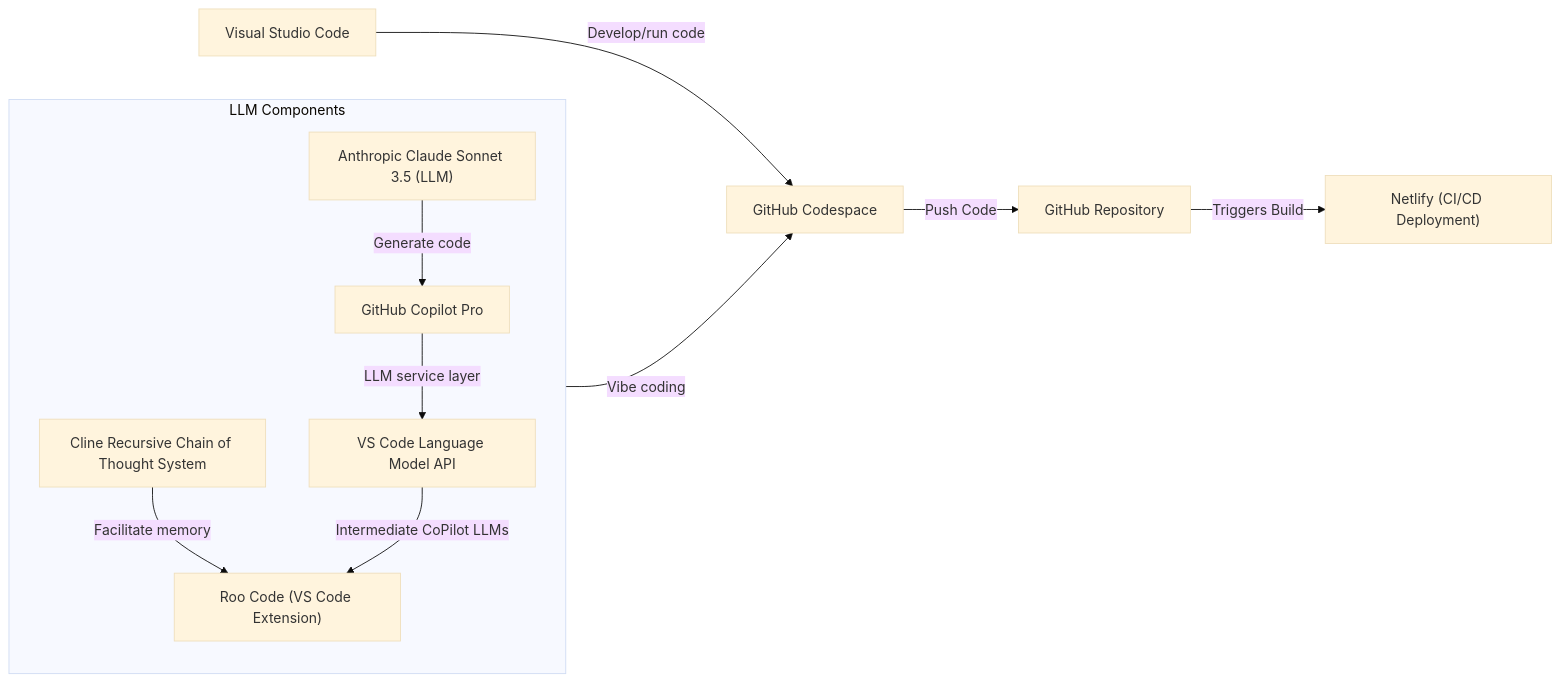
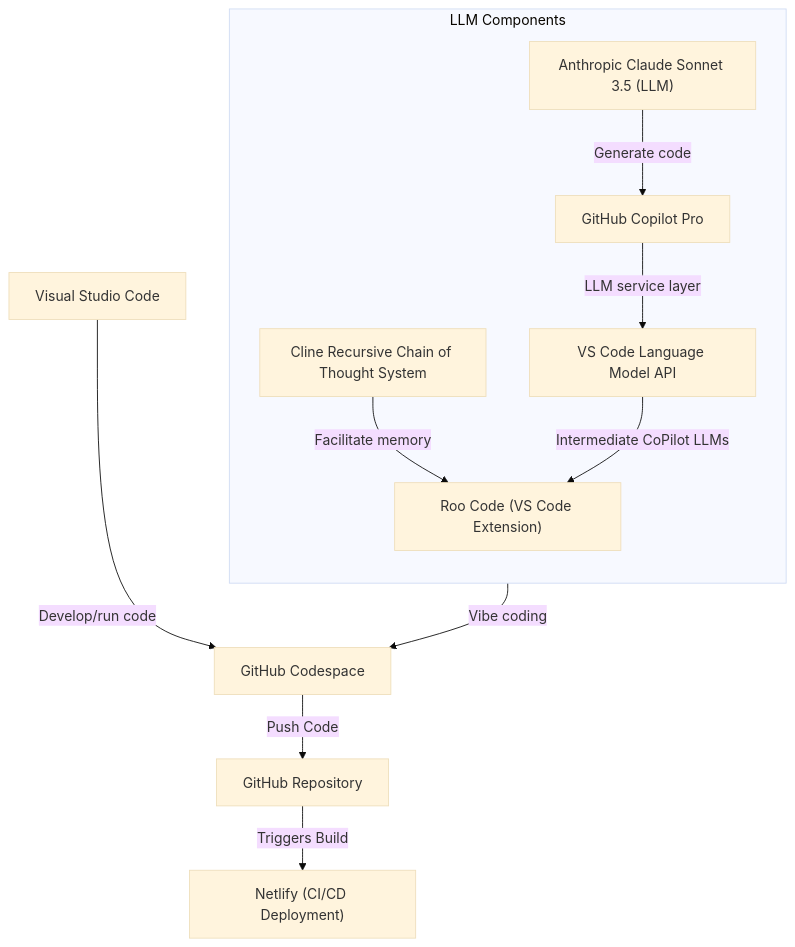
One commit to RickRinewalt/pipeline changed the second of 2 diagrams in README.md. Above: the diagram before and after it, drawn with Mermaid (base theme).

````diff
--- a/README.md
+++ b/README.md
@@ -39,25 +39,25 @@
 ```mermaid
-graph LR
+graph TB
     vscode[Visual Studio Code]
     codespace[GitHub Codespace]
     github["GitHub Repository"]
     netlify["Netlify (CI/CD Deployment)"]
 
     subgraph LLM_TB [LLM Components]
       direction TB
       roo["Roo Code (VS Code Extension)"]
       crct["Cline Recursive Chain of Thought System"]
       vscode_lmapi[VS Code Language Model API]
       github_copilot[GitHub Copilot Pro]
       sonnet["Anthropic Claude Sonnet 3.5 (LLM)"]
     end
 
     github --> |Triggers Build| netlify
     codespace --> |Push Code| github
     vscode --> |Develop/run code| codespace
     roo --> |Vibe coding| codespace
     crct --> |Facilitate memory| roo
     vscode_lmapi --> |Intermediate CoPilot LLMs| roo
     github_copilot --> |LLM service layer| vscode_lmapi
     sonnet --> |Generate code| github_copilot
 ```
````
